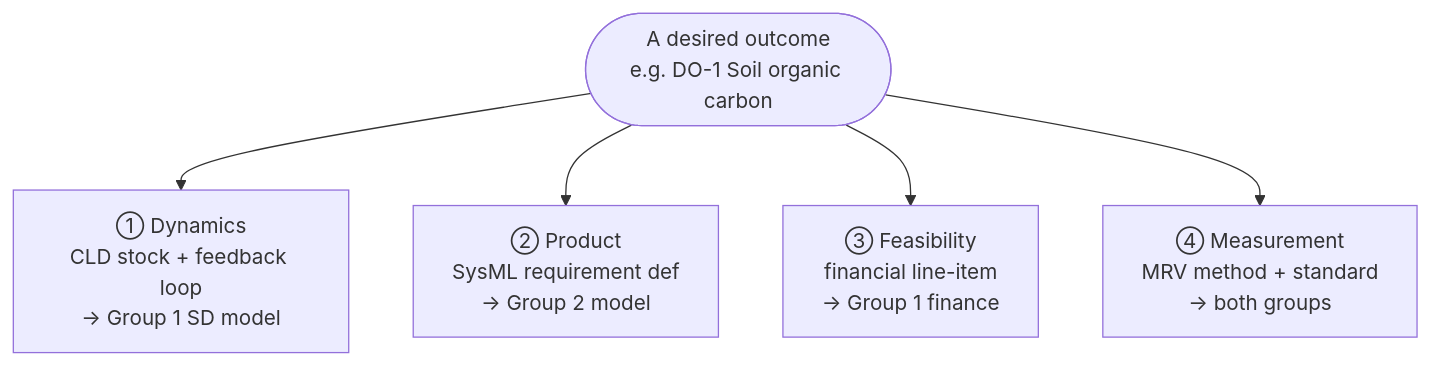
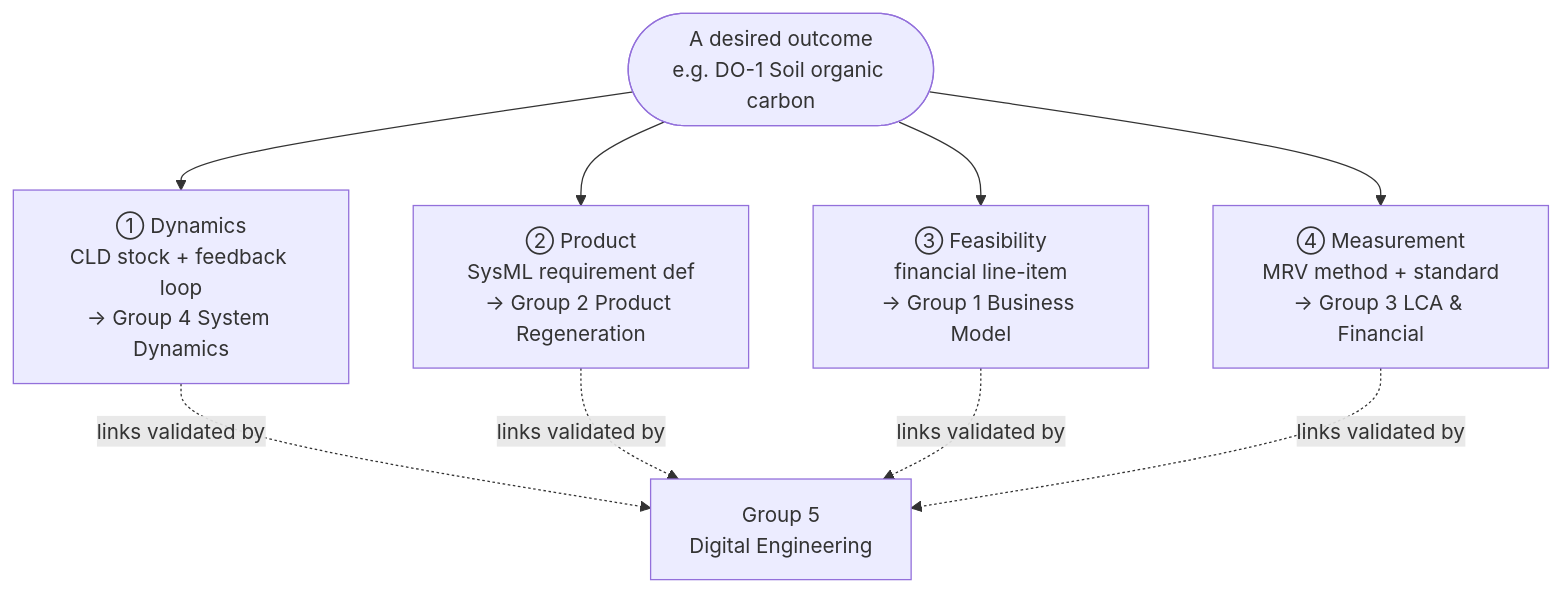
One commit to TheNightFox-1/SustainableTogether changed the first of 2 diagrams in SustainableTogether Projects/Regeneration/03-methodology/01-desired-outcomes-interface.md. Above: the diagram before and after it, drawn with Mermaid. The commit also changed other lines of this file and 28 other files, not shown here.

````diff
--- a/SustainableTogether Projects/Regeneration/03-methodology/01-desired-outcomes-interface.md
+++ b/SustainableTogether Projects/Regeneration/03-methodology/01-desired-outcomes-interface.md
@@ -18,8 +19,9 @@
 ```mermaid
 flowchart TD
   DO(["A desired outcome<br/>e.g. DO-1 Soil organic carbon"])
-  DO --> DYN["① Dynamics<br/>CLD stock + feedback loop<br/>→ Group 1 SD model"]
-  DO --> PROD["② Product<br/>SysML requirement def<br/>→ Group 2 model"]
-  DO --> FIN["③ Feasibility<br/>financial line-item<br/>→ Group 1 finance"]
-  DO --> MEAS["④ Measurement<br/>MRV method + standard<br/>→ both groups"]
+  DO --> DYN["① Dynamics<br/>CLD stock + feedback loop<br/>→ Group 4 System Dynamics"]
+  DO --> PROD["② Product<br/>SysML requirement def<br/>→ Group 2 Product Regeneration"]
+  DO --> FIN["③ Feasibility<br/>financial line-item<br/>→ Group 1 Business Model"]
+  DO --> MEAS["④ Measurement<br/>MRV method + standard<br/>→ Group 3 LCA & Financial"]
+  DYN & PROD & FIN & MEAS -.->|"links validated by"| DE["Group 5<br/>Digital Engineering"]
 ```
````
